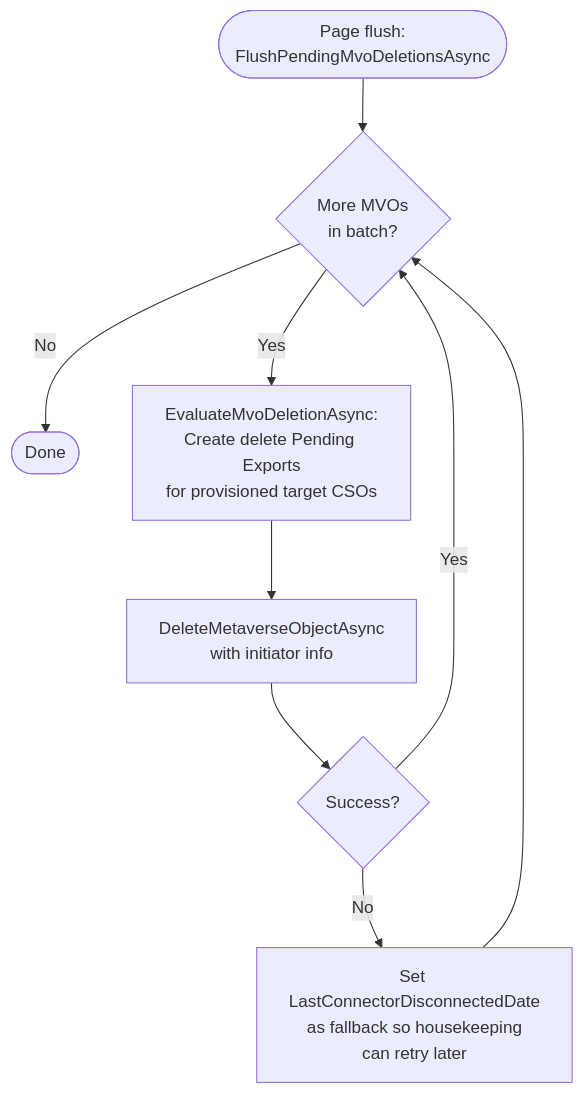
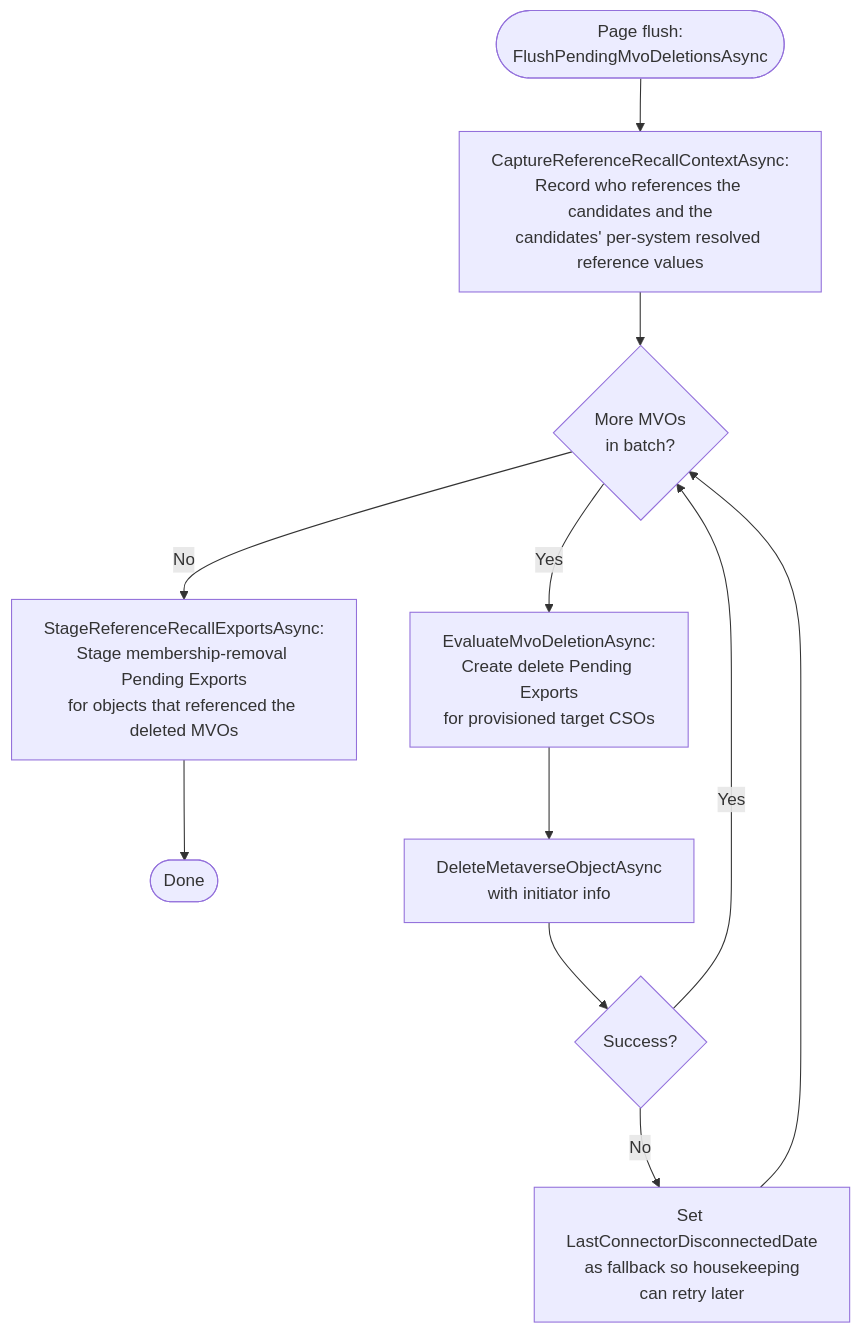
One commit to TetronIO/JIM changed the fourth of 6 diagrams in docs/developer/diagrams/MVO_DELETION_AND_GRACE_PERIOD.md. Above: the diagram before and after it, drawn with Mermaid. The commit also changed other lines of this file and 18 other files, not shown here.

````diff
--- a/docs/developer/diagrams/MVO_DELETION_AND_GRACE_PERIOD.md
+++ b/docs/developer/diagrams/MVO_DELETION_AND_GRACE_PERIOD.md
@@ -79,13 +79,15 @@
 ```mermaid
 flowchart TD
-    PageEnd([Page flush:<br/>FlushPendingMvoDeletionsAsync]) --> Loop{More MVOs<br/>in batch?}
-    Loop -->|No| Done([Done])
+    PageEnd([Page flush:<br/>FlushPendingMvoDeletionsAsync]) --> Capture[CaptureReferenceRecallContextAsync:<br/>Record who references the candidates and the<br/>candidates' per-system resolved reference values]
+    Capture --> Loop{More MVOs<br/>in batch?}
+    Loop -->|No| Recall[StageReferenceRecallExportsAsync:<br/>Stage membership-removal Pending Exports<br/>for objects that referenced the deleted MVOs]
+    Recall --> Done([Done])
 
     Loop -->|Yes| EvalExports[EvaluateMvoDeletionAsync:<br/>Create delete Pending Exports<br/>for provisioned target CSOs]
     EvalExports --> DeleteMVO[DeleteMetaverseObjectAsync<br/>with initiator info]
     DeleteMVO --> Success{Success?}
 
     Success -->|Yes| Loop
     Success -->|No| Fallback[Set LastConnectorDisconnectedDate<br/>as fallback so housekeeping<br/>can retry later]
     Fallback --> Loop
 ```
````
